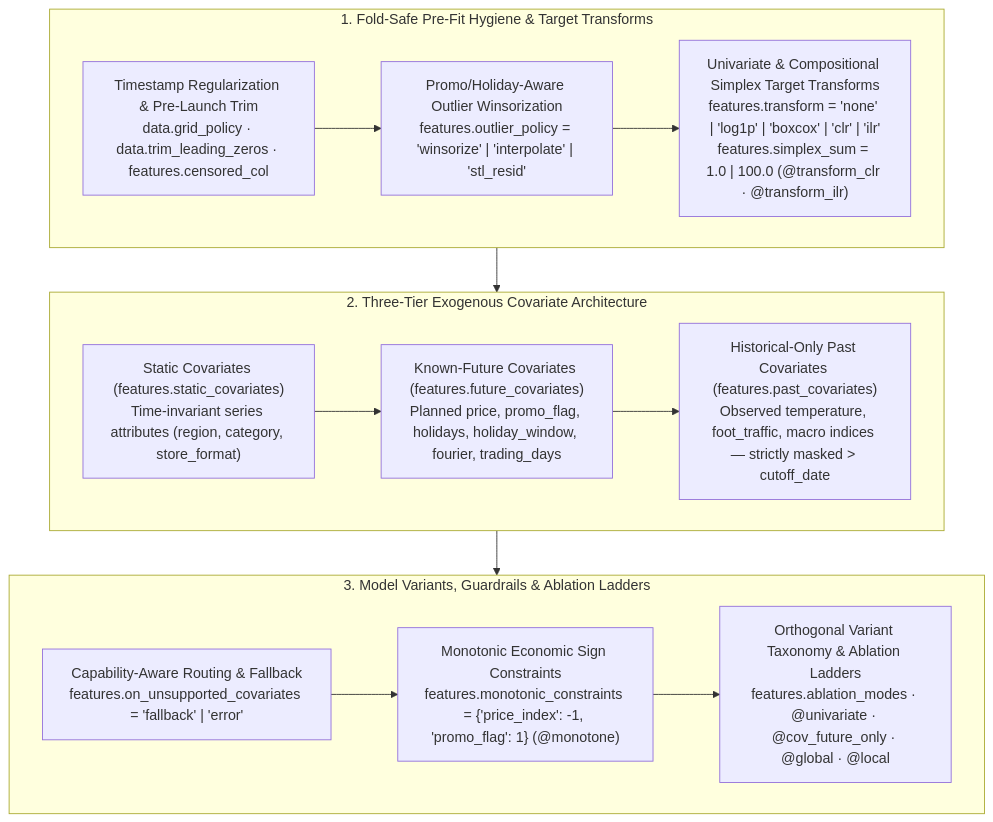
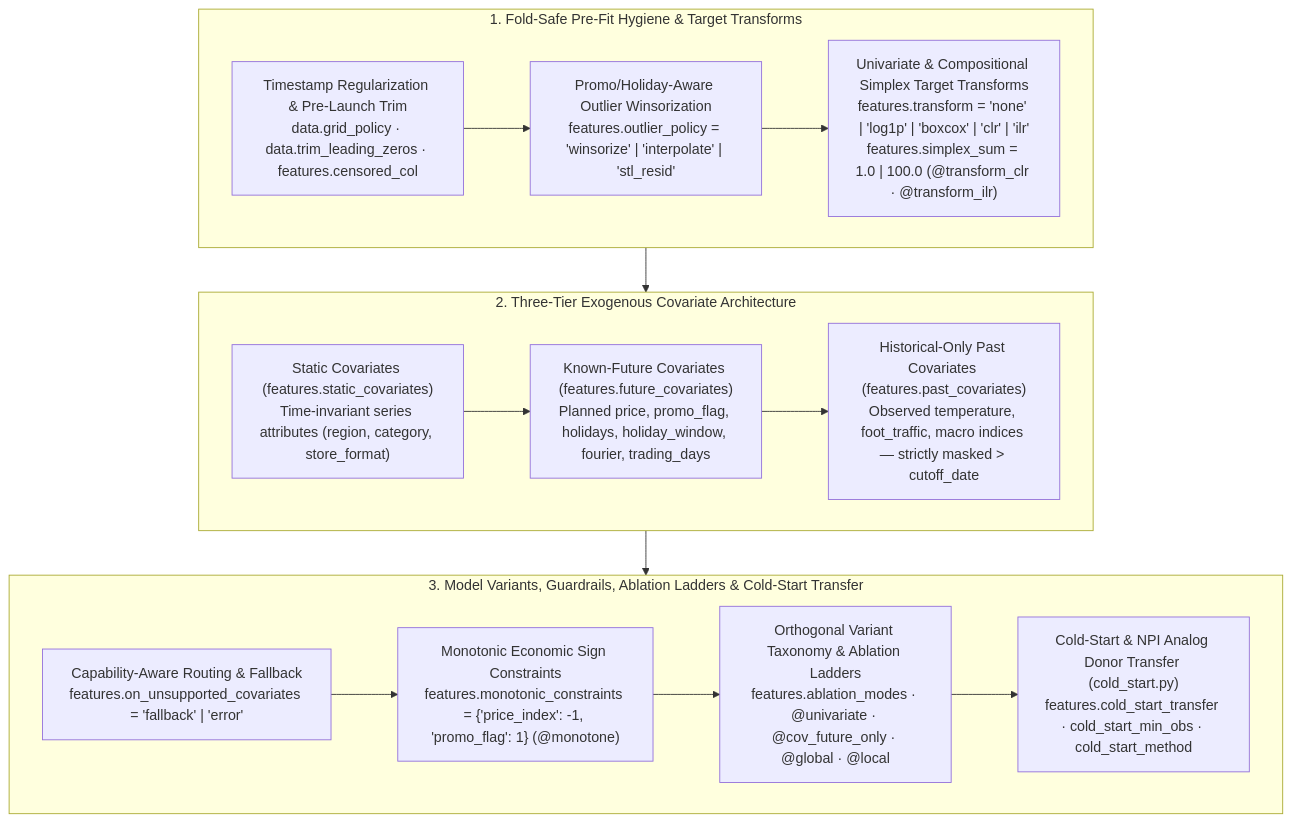
The diagram in docs/features_and_covariates.md (statmike/scale-forecasting), drawn with Mermaid before and after one commit. The commit also changed other lines of this file and 40 other files, not shown here.

````diff
--- a/docs/features_and_covariates.md
+++ b/docs/features_and_covariates.md
@@ -5,25 +5,26 @@
 ```mermaid
 flowchart TD
     subgraph S1["1. Fold-Safe Pre-Fit Hygiene & Target Transforms"]
         T1["Timestamp Regularization & Pre-Launch Trim<br/>data.grid_policy · data.trim_leading_zeros · features.censored_col"]
         T2["Promo/Holiday-Aware Outlier Winsorization<br/>features.outlier_policy = 'winsorize' | 'interpolate' | 'stl_resid'"]
         T3["Univariate & Compositional Simplex Target Transforms<br/>features.transform = 'none' | 'log1p' | 'boxcox' | 'clr' | 'ilr'<br/>features.simplex_sum = 1.0 | 100.0 (@transform_clr · @transform_ilr)"]
         T1 --> T2 --> T3
     end
 
     subgraph S2["2. Three-Tier Exogenous Covariate Architecture"]
         C1["Static Covariates (features.static_covariates)<br/>Time-invariant series attributes (region, category, store_format)"]
         C2["Known-Future Covariates (features.future_covariates)<br/>Planned price, promo_flag, holidays, holiday_window, fourier, trading_days"]
         C3["Historical-Only Past Covariates (features.past_covariates)<br/>Observed temperature, foot_traffic, macro indices — strictly masked > cutoff_date"]
         C1 --> C2 --> C3
     end
 
-    subgraph S3["3. Model Variants, Guardrails & Ablation Ladders"]
+    subgraph S3["3. Model Variants, Guardrails, Ablation Ladders & Cold-Start Transfer"]
         V1["Capability-Aware Routing & Fallback<br/>features.on_unsupported_covariates = 'fallback' | 'error'"]
         V2["Monotonic Economic Sign Constraints<br/>features.monotonic_constraints = {'price_index': -1, 'promo_flag': 1} (@monotone)"]
         V3["Orthogonal Variant Taxonomy & Ablation Ladders<br/>features.ablation_modes · @univariate · @cov_future_only · @global · @local"]
-        V1 --> V2 --> V3
+        V4["Cold-Start & NPI Analog Donor Transfer (cold_start.py)<br/>features.cold_start_transfer · cold_start_min_obs · cold_start_method"]
+        V1 --> V2 --> V3 --> V4
     end
 
     S1 --> S2 --> S3
 ```
````
